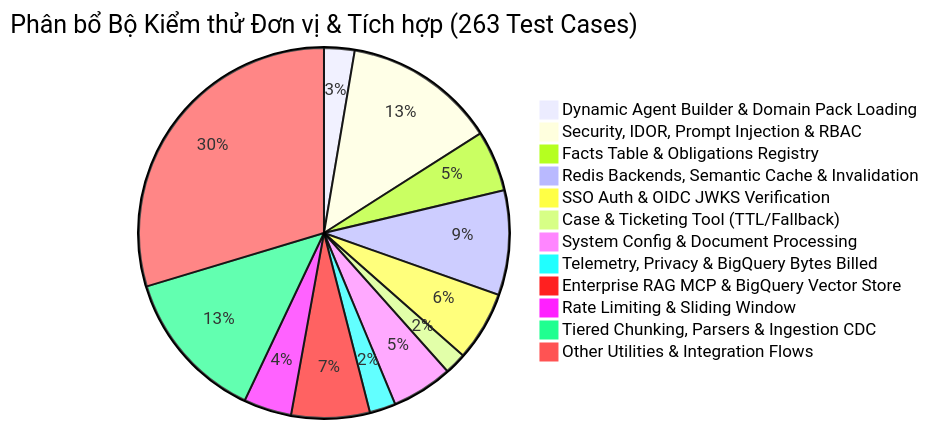
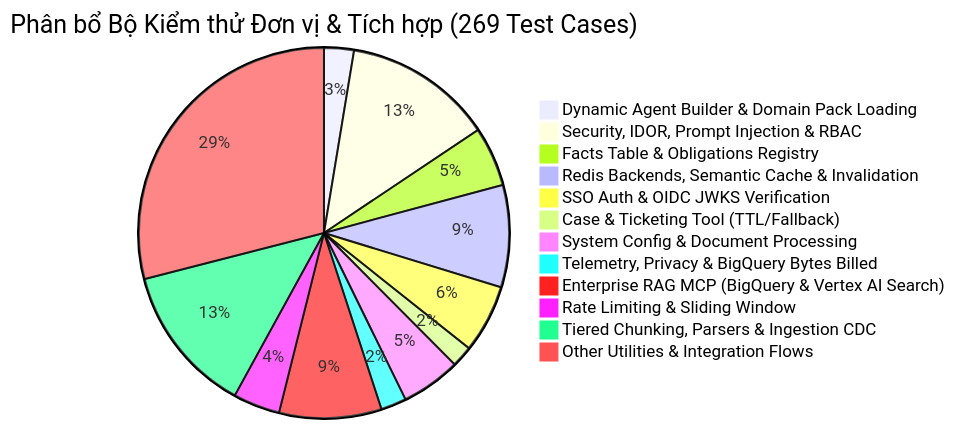
Before and after one commit to TrongDucLuu/enterprise-multi-agent-platform: the third of 3 diagrams in Technical_Specification.md, drawn with Mermaid. The commit also changed other lines of this file and 6 other files, not shown here.

Commit message:
feat(rag): add native Vertex AI Search grounding adapter and dual-engine RAG support

````diff
--- a/Technical_Specification.md
+++ b/Technical_Specification.md
@@ -259,15 +272,15 @@
 ```mermaid
-pie title Phân bổ Bộ Kiểm thử Đơn vị & Tích hợp (263 Test Cases)
+pie title Phân bổ Bộ Kiểm thử Đơn vị & Tích hợp (269 Test Cases)
     "Dynamic Agent Builder & Domain Pack Loading" : 7
     "Security, IDOR, Prompt Injection & RBAC" : 35
     "Facts Table & Obligations Registry" : 14
     "Redis Backends, Semantic Cache & Invalidation" : 24
     "SSO Auth & OIDC JWKS Verification" : 16
     "Case & Ticketing Tool (TTL/Fallback)" : 5
     "System Config & Document Processing" : 14
     "Telemetry, Privacy & BigQuery Bytes Billed" : 6
-    "Enterprise RAG MCP & BigQuery Vector Store" : 18
+    "Enterprise RAG MCP (BigQuery & Vertex AI Search)" : 24
     "Rate Limiting & Sliding Window" : 11
     "Tiered Chunking, Parsers & Ingestion CDC" : 35
     "Other Utilities & Integration Flows" : 78
 ```
````
